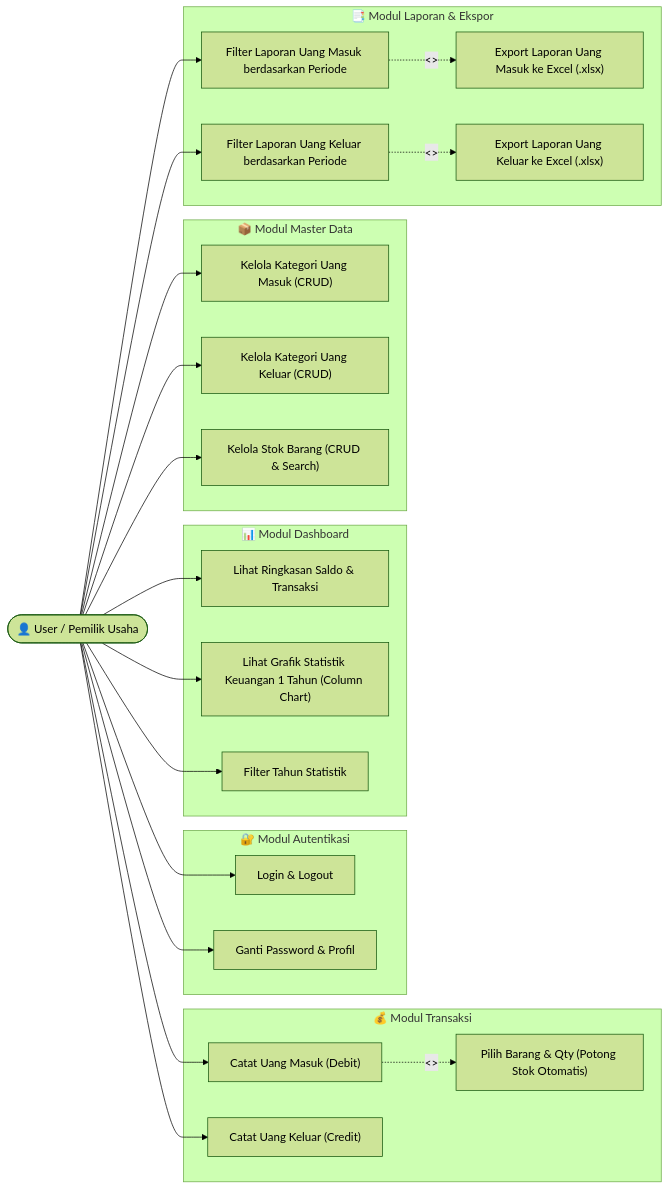
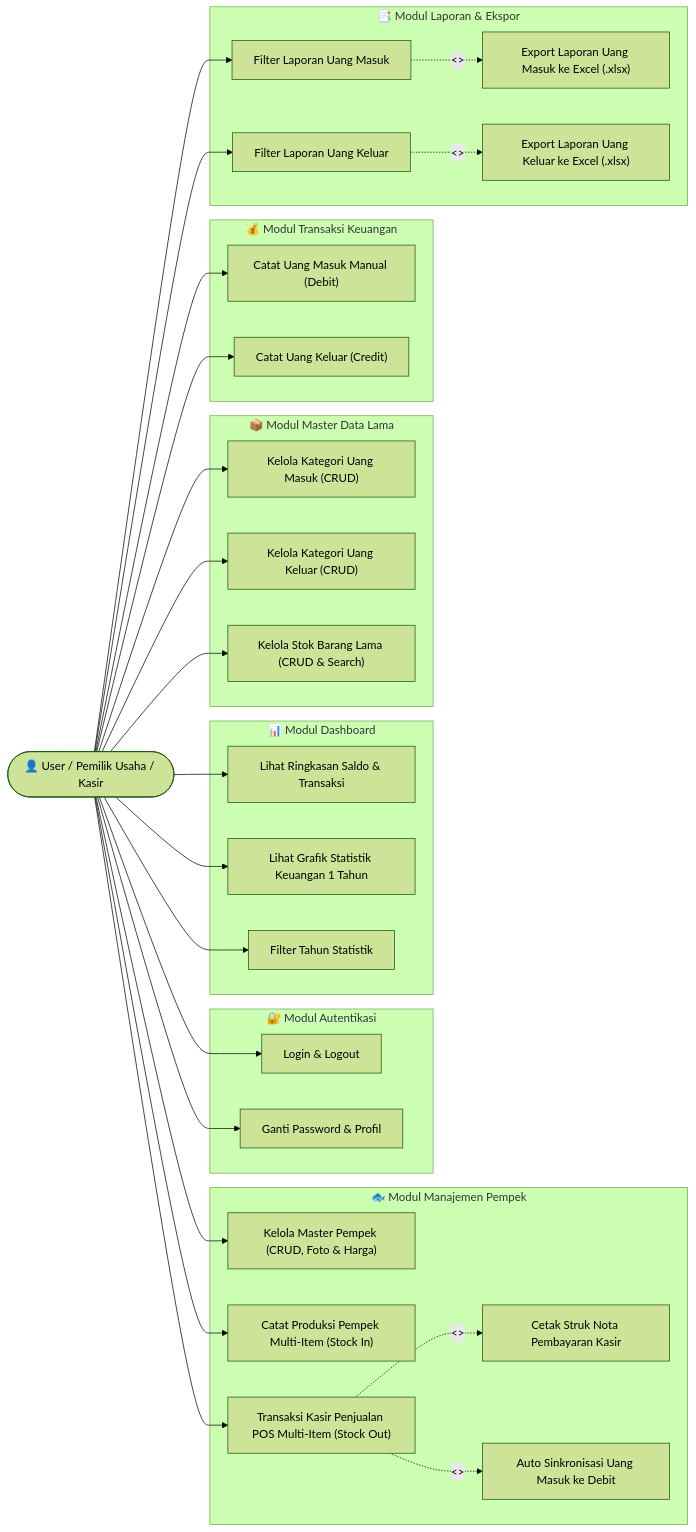
Before and after one commit to yogamaulana11/manajemen-usaha: the first of 6 diagrams in docs/UML_DIAGRAM.md, drawn with Mermaid (forest theme). The commit also changed other lines of this file, not shown here.

Commit message:
docs: perbarui dokumentasi diagram UML dengan modul inventaris dan kasir pempek

````diff
--- a/docs/UML_DIAGRAM.md
+++ b/docs/UML_DIAGRAM.md
@@ -10,50 +10,63 @@
 ```mermaid
 flowchart LR
-    User(["👤 User / Pemilik Usaha"])
+    User(["👤 User / Pemilik Usaha / Kasir"])
 
     subgraph Auth["🔐 Modul Autentikasi"]
         UC1["Login & Logout"]
         UC2["Ganti Password & Profil"]
     end
 
     subgraph DashboardMod["📊 Modul Dashboard"]
         UC3["Lihat Ringkasan Saldo & Transaksi"]
-        UC4["Lihat Grafik Statistik Keuangan 1 Tahun (Column Chart)"]
+        UC4["Lihat Grafik Statistik Keuangan 1 Tahun"]
         UC5["Filter Tahun Statistik"]
     end
 
-    subgraph MasterData["📦 Modul Master Data"]
+    subgraph PempekMod["🐟 Modul Manajemen Pempek"]
+        UC_P1["Kelola Master Pempek (CRUD, Foto & Harga)"]
+        UC_P2["Catat Produksi Pempek Multi-Item (Stock In)"]
+        UC_P3["Transaksi Kasir Penjualan POS Multi-Item (Stock Out)"]
+        UC_P4["Cetak Struk Nota Pembayaran Kasir"]
+        UC_P5["Auto Sinkronisasi Uang Masuk ke Debit"]
+    end
+
+    subgraph MasterData["📦 Modul Master Data Lama"]
         UC6["Kelola Kategori Uang Masuk (CRUD)"]
         UC7["Kelola Kategori Uang Keluar (CRUD)"]
-        UC8["Kelola Stok Barang (CRUD & Search)"]
+        UC8["Kelola Stok Barang Lama (CRUD & Search)"]
     end
 
-    subgraph Transaksi["💰 Modul Transaksi"]
-        UC9["Catat Uang Masuk (Debit)"]
-        UC10["Pilih Barang & Qty (Potong Stok Otomatis)"]
+    subgraph Transaksi["💰 Modul Transaksi Keuangan"]
+        UC9["Catat Uang Masuk Manual (Debit)"]
         UC11["Catat Uang Keluar (Credit)"]
     end
 
     subgraph Laporan["📑 Modul Laporan & Ekspor"]
-        UC12["Filter Laporan Uang Masuk berdasarkan Periode"]
-        UC13["Filter Laporan Uang Keluar berdasarkan Periode"]
+        UC12["Filter Laporan Uang Masuk"]
+        UC13["Filter Laporan Uang Keluar"]
         UC14["Export Laporan Uang Masuk ke Excel (.xlsx)"]
         UC15["Export Laporan Uang Keluar ke Excel (.xlsx)"]
     end
 
     User --> UC1
     User --> UC2
     User --> UC3
     User --> UC4
     User --> UC5
+
+    User --> UC_P1
+    User --> UC_P2
+    User --> UC_P3
+    UC_P3 -.->|"<<extend>>"| UC_P4
+    UC_P3 -.->|"<<include>>"| UC_P5
+
     User --> UC6
     User --> UC7
     User --> UC8
     User --> UC9
-    UC9 -.->|"<<include>>"| UC10
     User --> UC11
     User --> UC12
     UC12 -.->|"<<extend>>"| UC14
     User --> UC13
     UC13 -.->|"<<extend>>"| UC15
 ```
````
